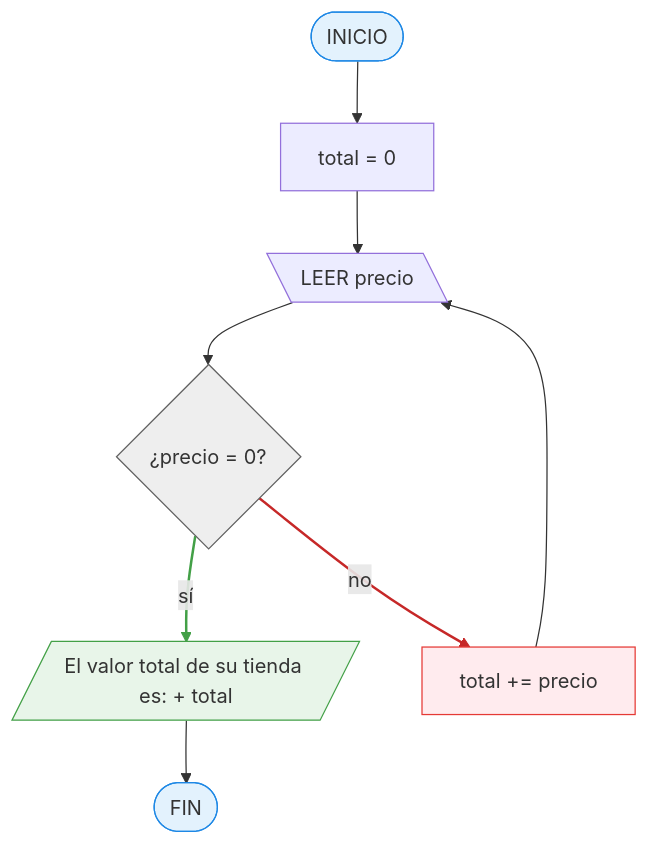
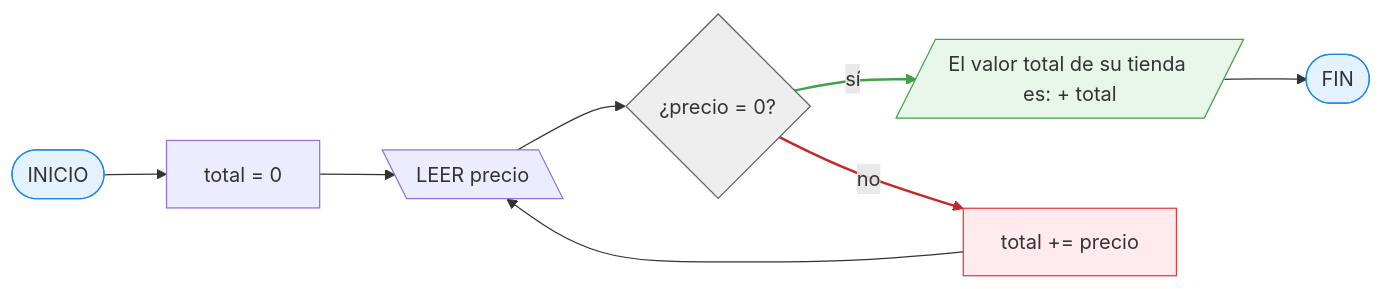
One commit to AlexJYad/F5-web-knowledge changed the fifth of 5 diagrams in content/actividad/16-marzo-2026.md. Above: the diagram before and after it, drawn with Mermaid. The commit also changed 1 other file, not shown here.

Commit message:
activ: 13/3 N7

````diff
--- a/content/actividad/16-marzo-2026.md
+++ b/content/actividad/16-marzo-2026.md
@@ -267,25 +267,25 @@
 ```mermaid
-flowchart TB
+flowchart LR
    A([INICIO])
    Z([FIN])
 
    A --> B[total = 0]
    B --> C[\LEER precio\] --> S0{¿precio = 0?}
    S0 --> |sí| S0s[/"El valor total de su tienda es: + total"/] --> Z
    S0 --> |no| S0n[total += precio] --> C
 
    classDef InFin fill:#e3f2fd,stroke:#1e88e5,stroke-width:1px
    classDef SI fill:#e8f5e9,stroke:#43a047,stroke-width:1px
    classDef OR fill:#ffe0b2,stroke:#fb8c00,stroke-width:1px
    classDef NO fill:#fff8e1,stroke:#f9a825,stroke-width:1px
    classDef error fill:#ffebee,stroke:#e53935,stroke-width:1px
    classDef decision fill:#eeeeee,stroke:#616161,stroke-width:1px
 
    class A,Z InFin
    class S0 decision
    class S0n error
    class S0s SI
 
    linkStyle 5 stroke:#c62828,stroke-width:2px
    linkStyle 3 stroke:#43a047,stroke-width:2px
 ```
````
